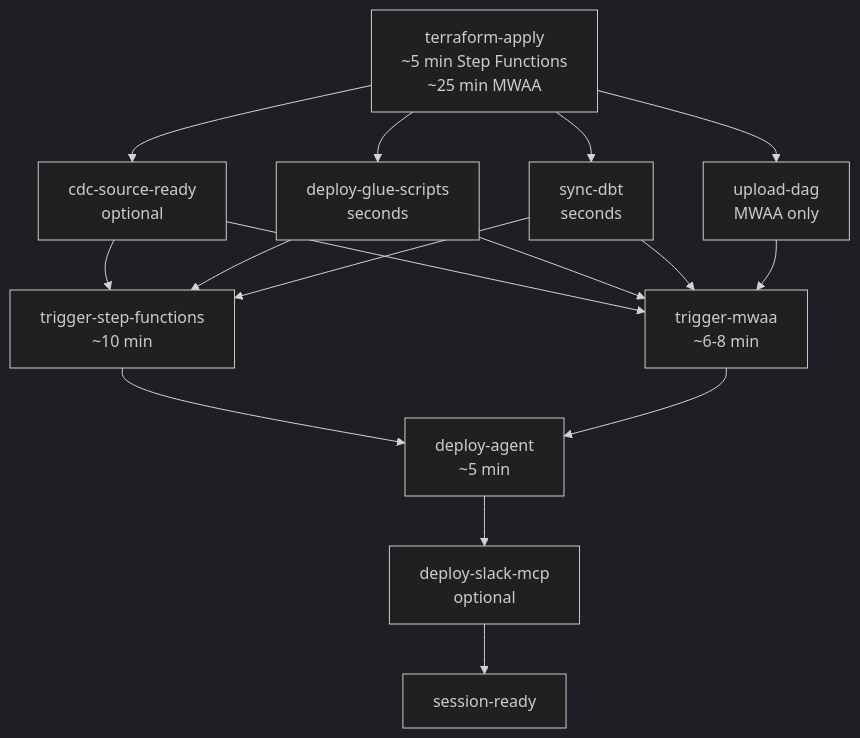
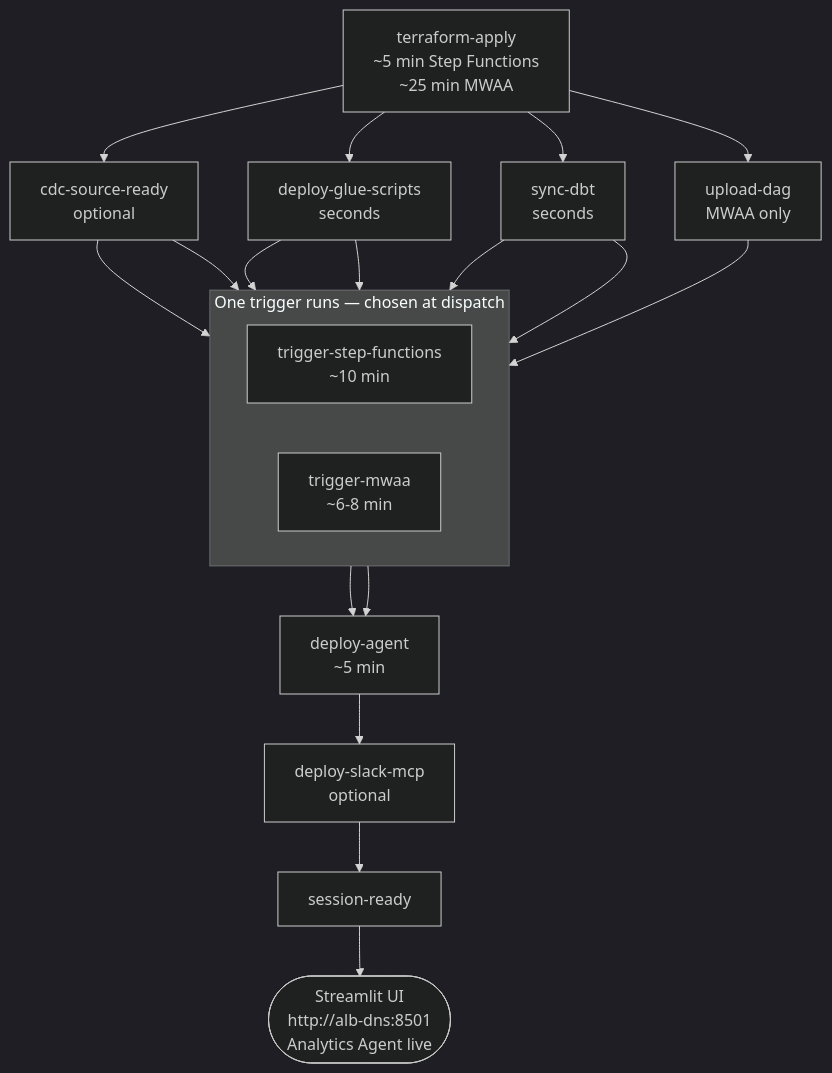
One commit to enterprise-data-platform-emeka/platform-session-orchestrator changed the second of 4 diagrams in README.md. Above: the diagram before and after it, drawn with Mermaid (dark theme).

Commit message:
docs: fix job graph — show trigger jobs as mutually exclusive, add Streamlit UI endpoint

````diff
--- a/README.md
+++ b/README.md
@@ -31,24 +31,31 @@
 ```mermaid
 flowchart TD
     TF[terraform-apply\n~5 min Step Functions\n~25 min MWAA]
 
     TF --> CDC[cdc-source-ready\noptional]
     TF --> GLUE[deploy-glue-scripts\nseconds]
     TF --> DBT[sync-dbt\nseconds]
     TF --> DAG[upload-dag\nMWAA only]
 
-    CDC --> SFN[trigger-step-functions\n~10 min]
+    subgraph CHOICE["One trigger runs — chosen at dispatch"]
+        direction LR
+        SFN[trigger-step-functions\n~10 min]
+        MWAA_T[trigger-mwaa\n~6-8 min]
+    end
+
+    CDC --> SFN
     GLUE --> SFN
     DBT --> SFN
 
-    CDC --> MWAA[trigger-mwaa\n~6-8 min]
-    GLUE --> MWAA
-    DBT --> MWAA
-    DAG --> MWAA
+    CDC --> MWAA_T
+    GLUE --> MWAA_T
+    DBT --> MWAA_T
+    DAG --> MWAA_T
 
     SFN --> AGENT[deploy-agent\n~5 min]
-    MWAA --> AGENT
+    MWAA_T --> AGENT
 
     AGENT --> SLACK[deploy-slack-mcp\noptional]
     SLACK --> READY[session-ready]
+    READY --> UI([Streamlit UI\nhttp://alb-dns:8501\nAnalytics Agent live])
 ```
````
